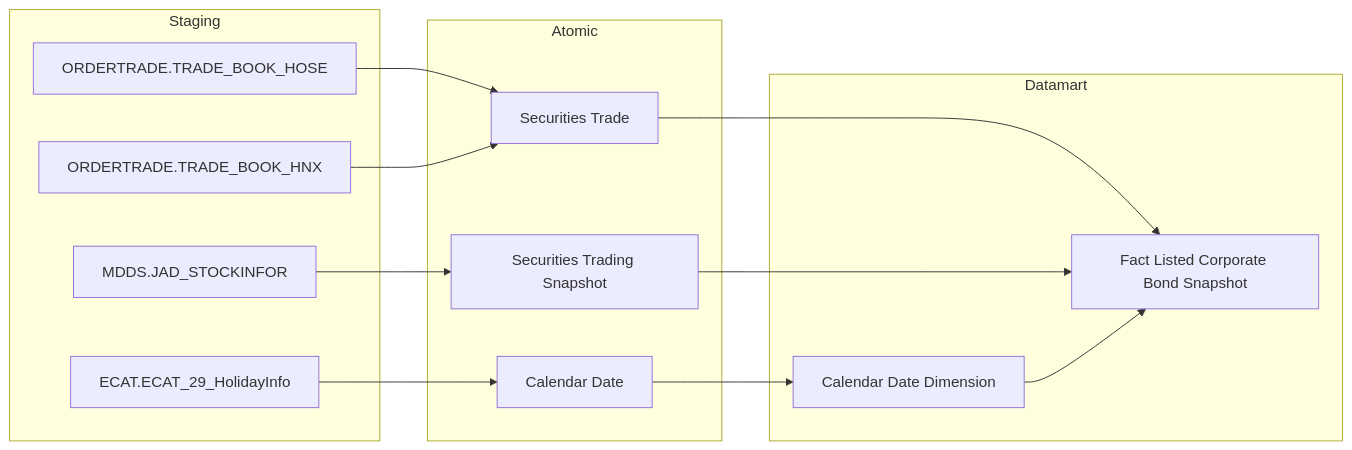
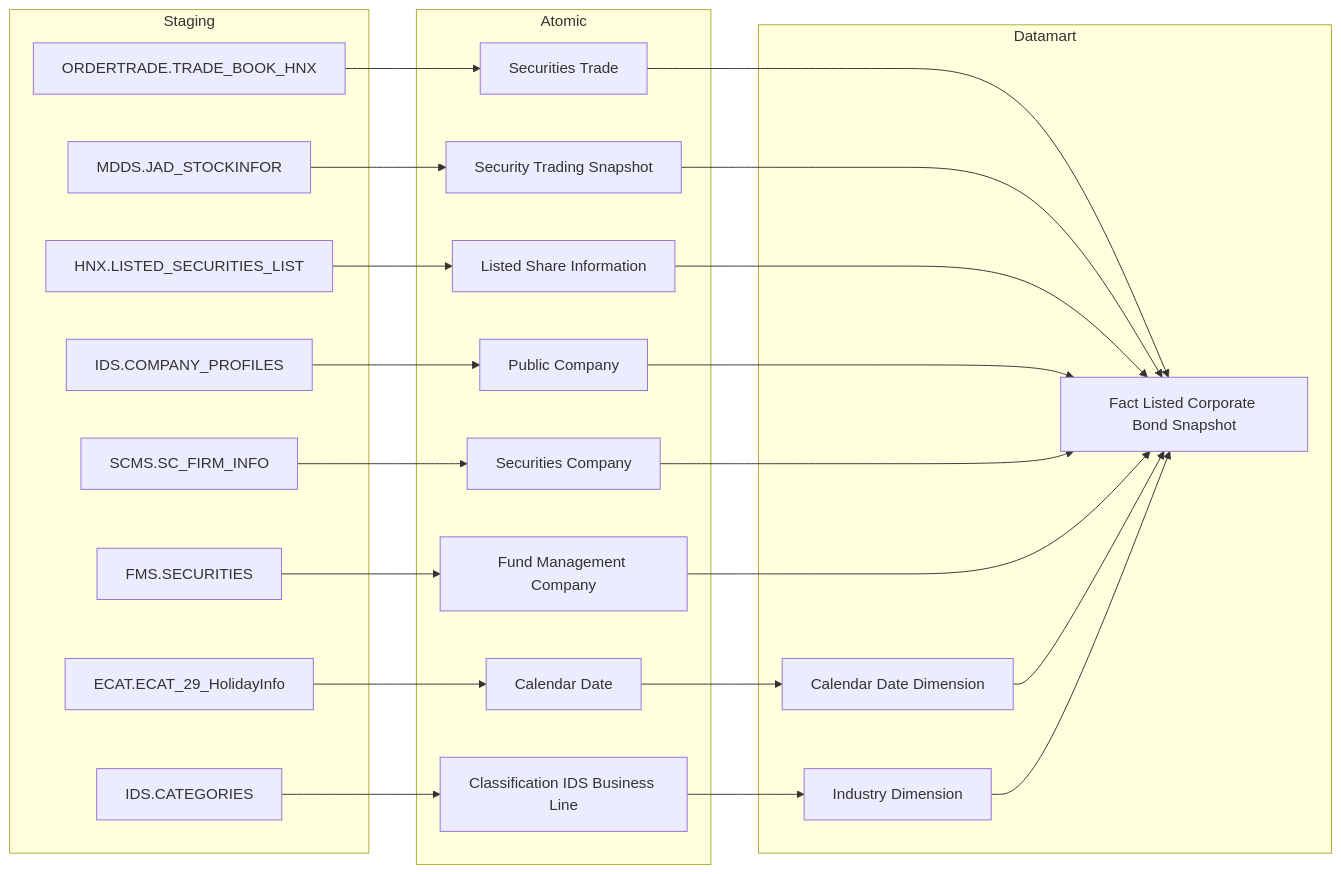
One commit to linhlvit/ubck_atomic_design changed the fourth of 40 diagrams in Datamart/hld/DTM_VP_HLD.md. Above: the diagram before and after it, drawn with Mermaid. The commit also changed other lines of this file and 25 other files, not shown here.

````diff
--- a/Datamart/hld/DTM_VP_HLD.md
+++ b/Datamart/hld/DTM_VP_HLD.md
@@ -95,26 +104,46 @@
 ```mermaid
 flowchart LR
     subgraph SRC["Staging"]
-        ORDERTRADE_TRADE_BOOK_HOSE4["ORDERTRADE.TRADE_BOOK_HOSE"]
-        ORDERTRADE_TRADE_BOOK_HNX4["ORDERTRADE.TRADE_BOOK_HNX"]
-        MDDS_JAD_STOCKINFOR4["MDDS.JAD_STOCKINFOR"]
-        ECAT_ECAT_29_HolidayInfo4["ECAT.ECAT_29_HolidayInfo"]
+        ORDERTRADE_TRADE_BOOK_HNX["ORDERTRADE.TRADE_BOOK_HNX"]
+        MDDS_JAD_STOCKINFOR["MDDS.JAD_STOCKINFOR"]
+        HNX_LISTED_SECURITIES_LIST["HNX.LISTED_SECURITIES_LIST"]
+        IDS_COMPANY_PROFILES["IDS.COMPANY_PROFILES"]
+        SCMS_SC_FIRM_INFO["SCMS.SC_FIRM_INFO"]
+        FMS_SECURITIES["FMS.SECURITIES"]
+        IDS_CATEGORIES["IDS.CATEGORIES"]
+        ECAT_ECAT_29_HolidayInfo["ECAT.ECAT_29_HolidayInfo"]
     end
     subgraph SIL["Atomic"]
-        Securities_Trade4["Securities Trade"]
-        Securities_Trading_Snapshot4["Securities Trading Snapshot"]
-        Calendar_Date4["Calendar Date"]
+        Securities_Trade["Securities Trade"]
+        Security_Trading_Snapshot["Security Trading Snapshot"]
+        Listed_Share_Information["Listed Share Information"]
+        Public_Company["Public Company"]
+        Securities_Company["Securities Company"]
+        Fund_Management_Company["Fund Management Company"]
+        Classification_IDS_Business_Line["Classification IDS Business Line"]
+        Calendar_Date["Calendar Date"]
     end
     subgraph GOLD["Datamart"]
-        fct_lst_crp_bnd_snpst["Fact Listed Corporate Bond Snapshot"]
-        cdr_dt_dim4["Calendar Date Dimension"]
+        Calendar_Date_Dimension["Calendar Date Dimension"]
+        Industry_Dimension["Industry Dimension"]
+        Fact_Listed_Corporate_Bond_Snapshot["Fact Listed Corporate Bond Snapshot"]
     end
-    ORDERTRADE_TRADE_BOOK_HOSE4 --> Securities_Trade4
-    ORDERTRADE_TRADE_BOOK_HNX4 --> Securities_Trade4
-    MDDS_JAD_STOCKINFOR4 --> Securities_Trading_Snapshot4
-    ECAT_ECAT_29_HolidayInfo4 --> Calendar_Date4
-    Securities_Trade4 --> fct_lst_crp_bnd_snpst
-    Securities_Trading_Snapshot4 --> fct_lst_crp_bnd_snpst
-    Calendar_Date4 --> cdr_dt_dim4
-    cdr_dt_dim4 --> fct_lst_crp_bnd_snpst
+    ORDERTRADE_TRADE_BOOK_HNX --> Securities_Trade
+    MDDS_JAD_STOCKINFOR --> Security_Trading_Snapshot
+    HNX_LISTED_SECURITIES_LIST --> Listed_Share_Information
+    IDS_COMPANY_PROFILES --> Public_Company
+    SCMS_SC_FIRM_INFO --> Securities_Company
+    FMS_SECURITIES --> Fund_Management_Company
+    IDS_CATEGORIES --> Classification_IDS_Business_Line
+    ECAT_ECAT_29_HolidayInfo --> Calendar_Date
+    Securities_Trade --> Fact_Listed_Corporate_Bond_Snapshot
+    Security_Trading_Snapshot --> Fact_Listed_Corporate_Bond_Snapshot
+    Listed_Share_Information --> Fact_Listed_Corporate_Bond_Snapshot
+    Public_Company --> Fact_Listed_Corporate_Bond_Snapshot
+    Securities_Company --> Fact_Listed_Corporate_Bond_Snapshot
+    Fund_Management_Company --> Fact_Listed_Corporate_Bond_Snapshot
+    Classification_IDS_Business_Line --> Industry_Dimension
+    Calendar_Date --> Calendar_Date_Dimension
+    Calendar_Date_Dimension --> Fact_Listed_Corporate_Bond_Snapshot
+    Industry_Dimension --> Fact_Listed_Corporate_Bond_Snapshot
 ```
````
